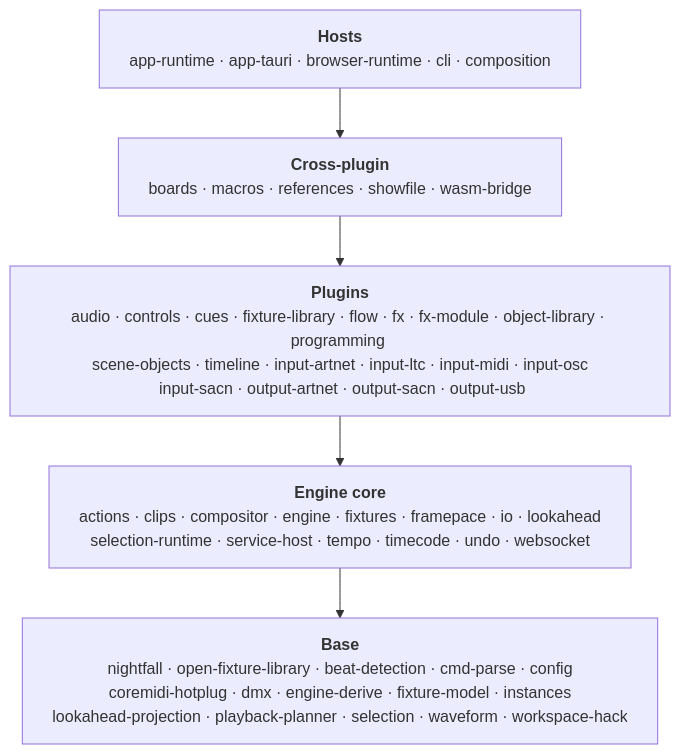
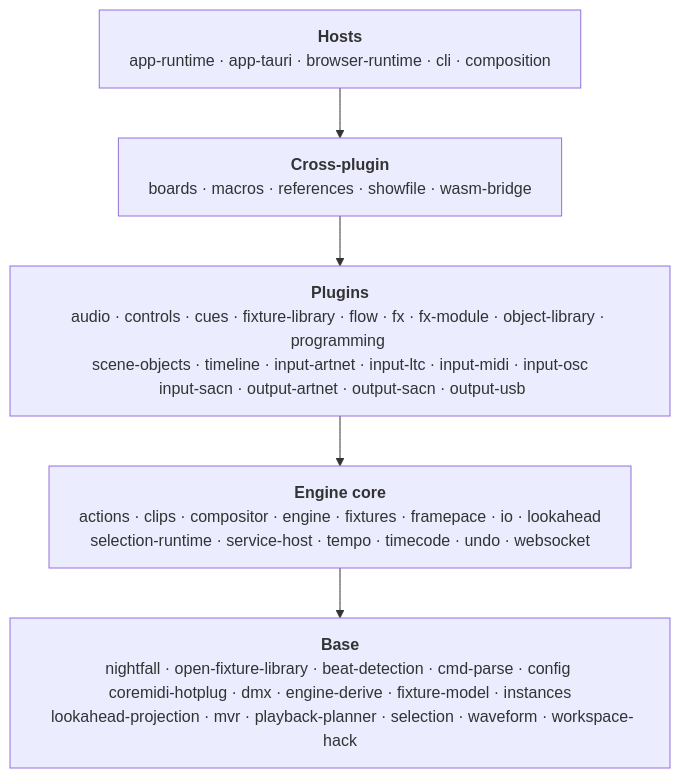
The diagram in docs/internal/src/architecture/crate-map.md (stewartadam/nightfall-lightdesk), drawn with Mermaid before and after one commit. The commit also changed other lines of this file and 19 other files, not shown here.

````diff
--- a/docs/internal/src/architecture/crate-map.md
+++ b/docs/internal/src/architecture/crate-map.md
@@ -13,16 +13,16 @@
 ```mermaid
 ---
 config:
   flowchart:
     wrappingWidth: 600
 ---
 flowchart TB
   accTitle: Crate layers, their crates, and allowed dependencies
   accDescr: Five layers from hosts down to base, each listing its crates. Each layer may depend on any layer below it. Plugin crates may not depend on other plugin crates.
   hosts["<b>Hosts</b><br/>app-runtime · app-tauri · browser-runtime · cli · composition"]
   crossPlugin["<b>Cross-plugin</b><br/>boards · macros · references · showfile · wasm-bridge"]
   plugins["<b>Plugins</b><br/>audio · controls · cues · fixture-library · flow · fx · fx-module · object-library · programming <br/> scene-objects · timeline · input-artnet · input-ltc · input-midi · input-osc <br /> input-sacn · output-artnet · output-sacn · output-usb"]
   engineCore["<b>Engine core</b><br/>actions · clips · compositor · engine · fixtures · framepace · io · lookahead <br /> selection-runtime · service-host · tempo · timecode · undo · websocket"]
-  base["<b>Base</b><br/>nightfall · open-fixture-library · beat-detection · cmd-parse · config <br /> coremidi-hotplug · dmx · engine-derive · fixture-model · instances <br /> lookahead-projection · playback-planner · selection · waveform · workspace-hack"]
+  base["<b>Base</b><br/>nightfall · open-fixture-library · beat-detection · cmd-parse · config <br /> coremidi-hotplug · dmx · engine-derive · fixture-model · instances <br /> lookahead-projection · mvr · playback-planner · selection · waveform · workspace-hack"]
   hosts --> crossPlugin --> plugins --> engineCore --> base
 ```
````
